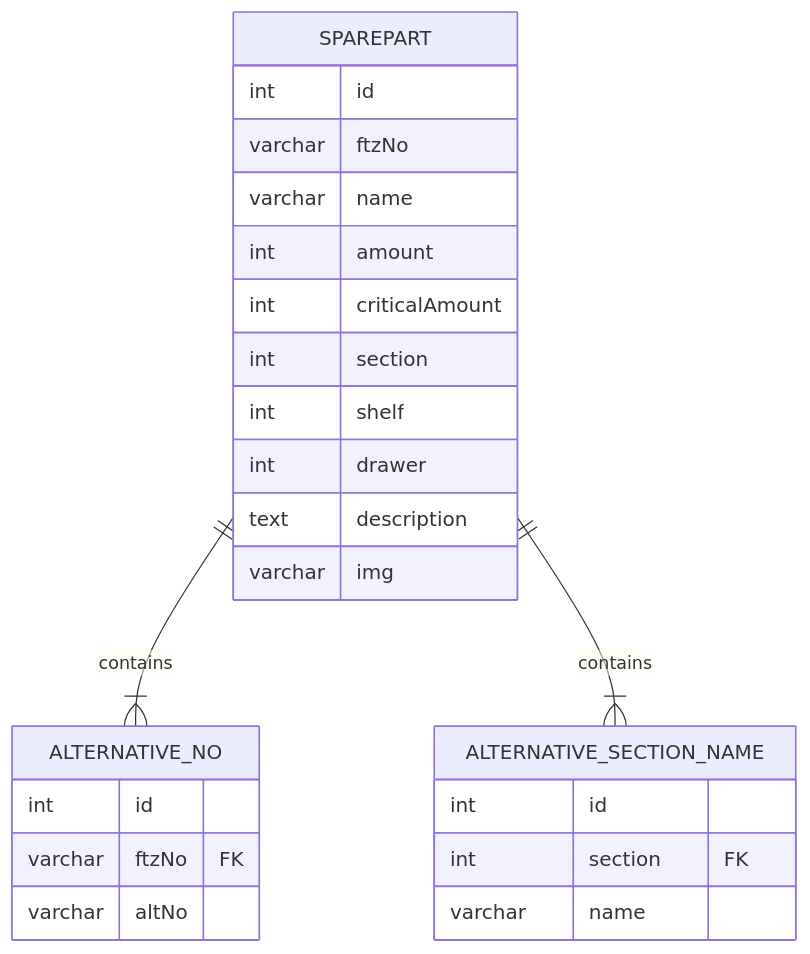
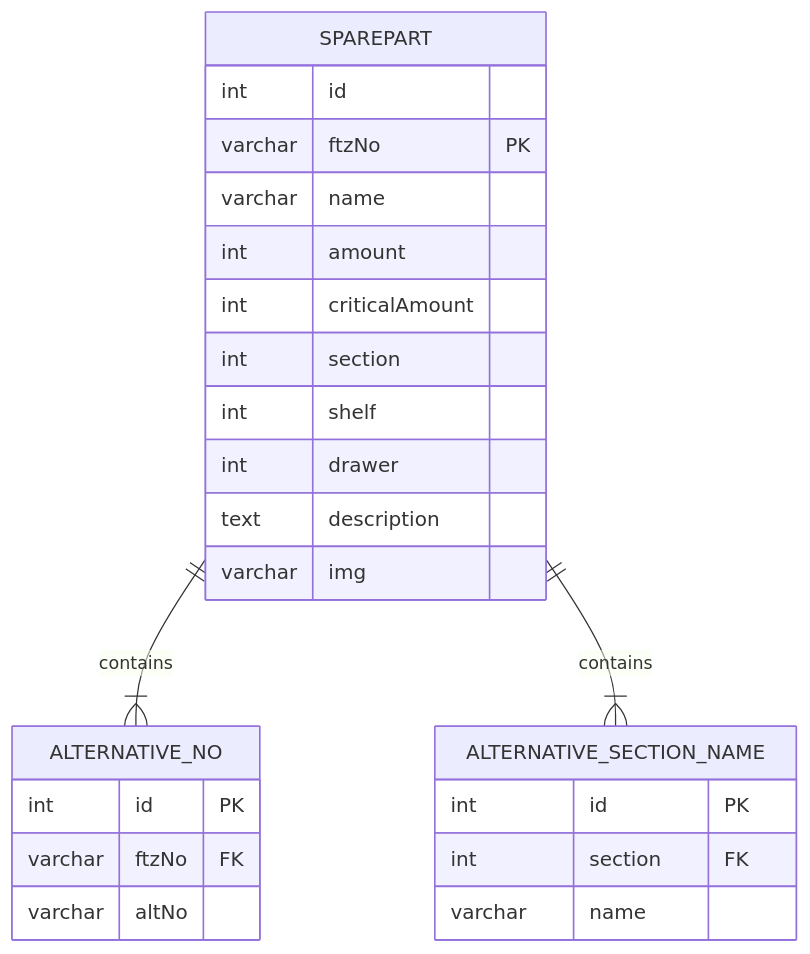
One commit to LinusTM/inventory-system changed the diagram in README.md. Above: the diagram before and after it, drawn with Mermaid.

Commit message:
updated mermaid

````diff
--- a/README.md
+++ b/README.md
@@ -7,27 +7,27 @@
 ```mermaid
 erDiagram
 SPAREPART ||--|{ ALTERNATIVE_NO : contains
 SPAREPART ||--|{ ALTERNATIVE_SECTION_NAME : contains
 SPAREPART {
 	int id
-		varchar ftzNo
+		varchar ftzNo PK
 		varchar name
 		int amount
 		int criticalAmount
 		int section
 		int shelf
 		int drawer
 		text description
 		varchar img
 	}
 	ALTERNATIVE_NO {
-		int id
+		int id PK
 			varchar ftzNo FK
 			varchar altNo
 	}
 	ALTERNATIVE_SECTION_NAME {
-		int id
+		int id PK
 			int section FK
 			varchar name
 	}
 ```
````
